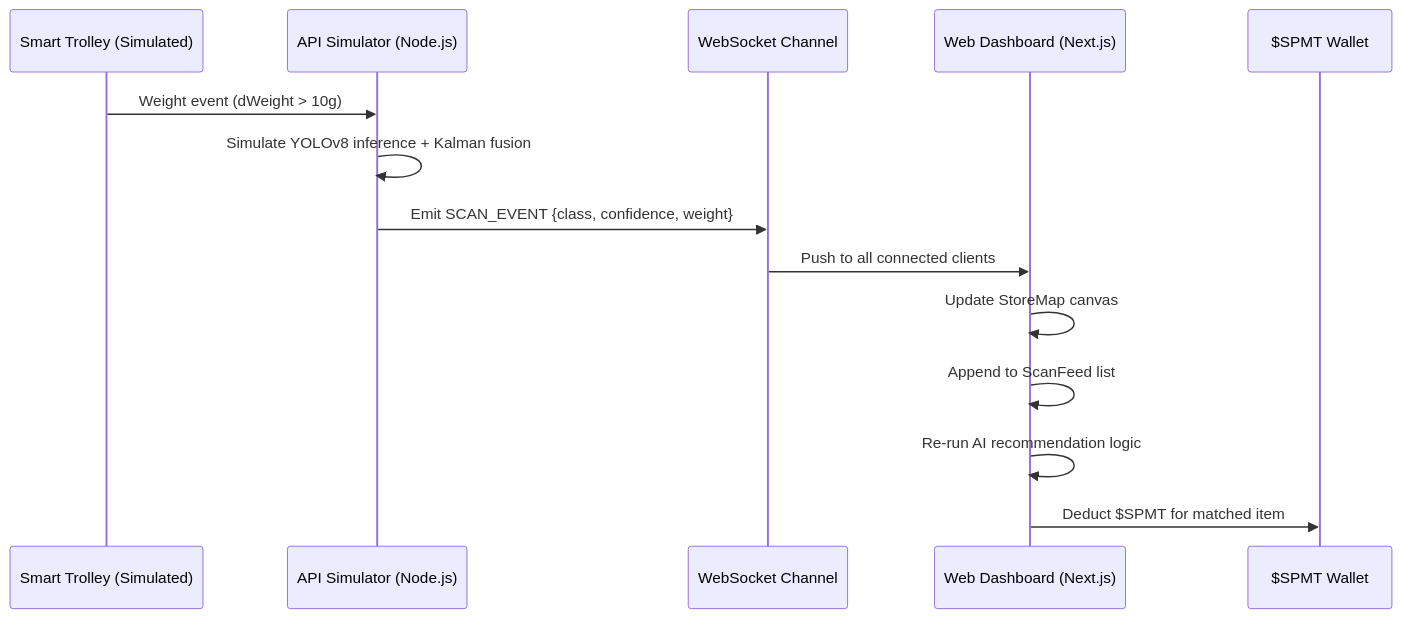
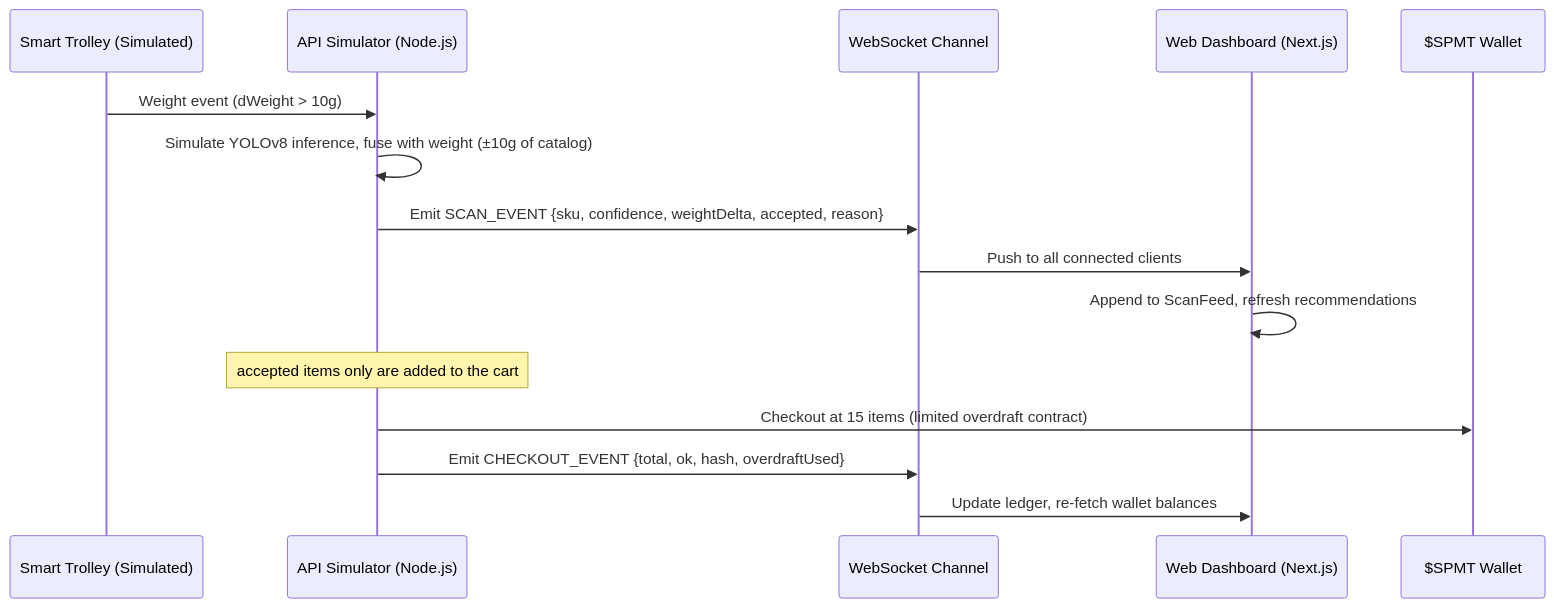
Before and after one commit to arun0786-co/automated-supermarket-ecosystem: the first of 3 diagrams in docs/architecture.md, drawn with Mermaid. The commit also changed other lines of this file, not shown here.

Commit message:
fix architecture flow: money moves at checkout, not per scan

````diff
--- a/docs/architecture.md
+++ b/docs/architecture.md
@@ -10,17 +10,18 @@
 ```mermaid
 sequenceDiagram
     participant Trolley as Smart Trolley (Simulated)
     participant Backend as API Simulator (Node.js)
     participant WS as WebSocket Channel
     participant Dashboard as Web Dashboard (Next.js)
     participant Wallet as $SPMT Wallet
 
     Trolley->>Backend: Weight event (dWeight > 10g)
-    Backend->>Backend: Simulate YOLOv8 inference + Kalman fusion
-    Backend->>WS: Emit SCAN_EVENT {class, confidence, weight}
+    Backend->>Backend: Simulate YOLOv8 inference, fuse with weight (±10g of catalog)
+    Backend->>WS: Emit SCAN_EVENT {sku, confidence, weightDelta, accepted, reason}
     WS->>Dashboard: Push to all connected clients
-    Dashboard->>Dashboard: Update StoreMap canvas
-    Dashboard->>Dashboard: Append to ScanFeed list
-    Dashboard->>Dashboard: Re-run AI recommendation logic
-    Dashboard->>Wallet: Deduct $SPMT for matched item
+    Dashboard->>Dashboard: Append to ScanFeed, refresh recommendations
+    Note over Backend: accepted items only are added to the cart
+    Backend->>Wallet: Checkout at 15 items (limited overdraft contract)
+    Backend->>WS: Emit CHECKOUT_EVENT {total, ok, hash, overdraftUsed}
+    WS->>Dashboard: Update ledger, re-fetch wallet balances
 ```
````
